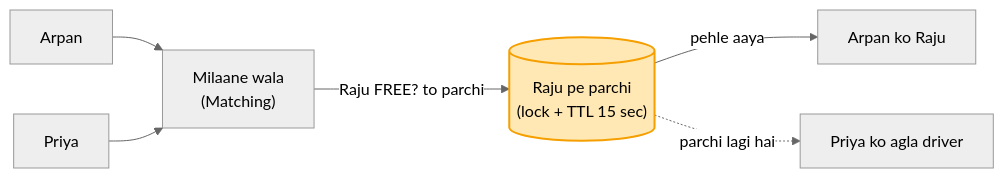
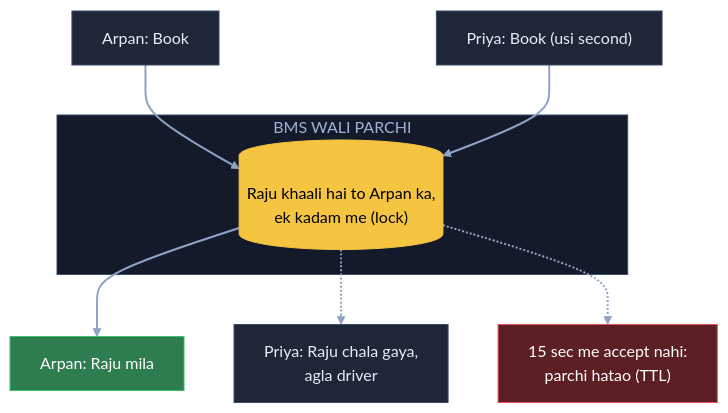
One commit to ArpanMaheshwari144/Prep changed the third of 11 diagrams in 04_HLD/SYSTEM_DESIGNS/15_uber/15_uber.md. Above: the diagram before and after it, drawn with Mermaid (neutral theme). The commit also changed other lines of this file and 3 other files, not shown here.

Commit message:
Uber: 14 diagram hand notes ke shabdon se; K3 / K4 / K10 me naksha + chhoti gaadi (SVG); K6 apni jodi line hatai

````diff
--- a/04_HLD/SYSTEM_DESIGNS/15_uber/15_uber.md
+++ b/04_HLD/SYSTEM_DESIGNS/15_uber/15_uber.md
@@ -99,9 +110,22 @@
 ```mermaid
-flowchart LR
-    A["Arpan"] --> M["Milaane wala<br/>(Matching)"]
-    P["Priya"] --> M
-    M -- "Raju FREE? to parchi" --> H[("Raju pe parchi<br/>(lock + TTL 15 sec)")]
-    H -- "pehle aaya" --> A2["Arpan ko Raju"]
-    H -. "parchi lagi hai" .-> P2["Priya ko agla driver"]
-    style H fill:#ffe8b3,stroke:#f59f00,stroke-width:2px,color:#000
+flowchart TB
+    A["Arpan: Book"]:::card
+    Pr["Priya: Book (usi second)"]:::card
+    subgraph BP["BMS WALI PARCHI"]
+        R[("Raju khaali hai to Arpan ka,<br/>ek kadam me (lock)")]:::pill
+    end
+    OK["Arpan: Raju mila"]:::good
+    N["Priya: Raju chala gaya,<br/>agla driver"]:::card
+    T["15 sec me accept nahi:<br/>parchi hatao (TTL)"]:::bad
+    A --> R
+    Pr --> R
+    R --> OK
+    R -.-> N
+    R -.-> T
+    linkStyle default stroke:#8fa3c7,stroke-width:2px
+    classDef card fill:#1e2638,stroke:#3a4a6b,color:#e8ecf5
+    classDef pill fill:#f5c542,stroke:#f5c542,color:#000
+    classDef good fill:#2e7d4f,stroke:#3fbf6f,color:#fff
+    classDef bad fill:#5c1f24,stroke:#e05561,color:#fff
+    style BP fill:#141a29,stroke:#3a4a6b,color:#9fb3d9
 ```
````
